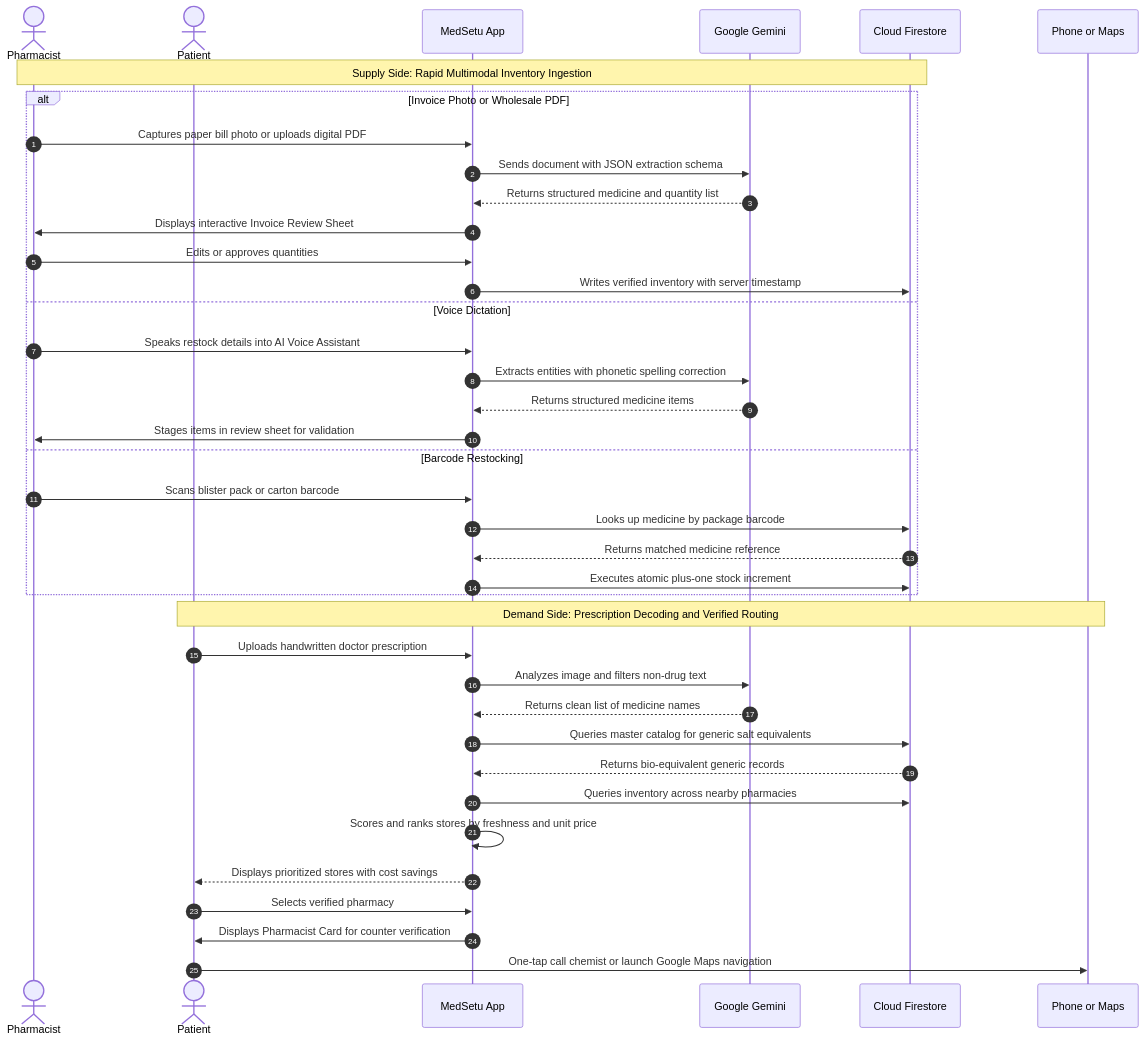
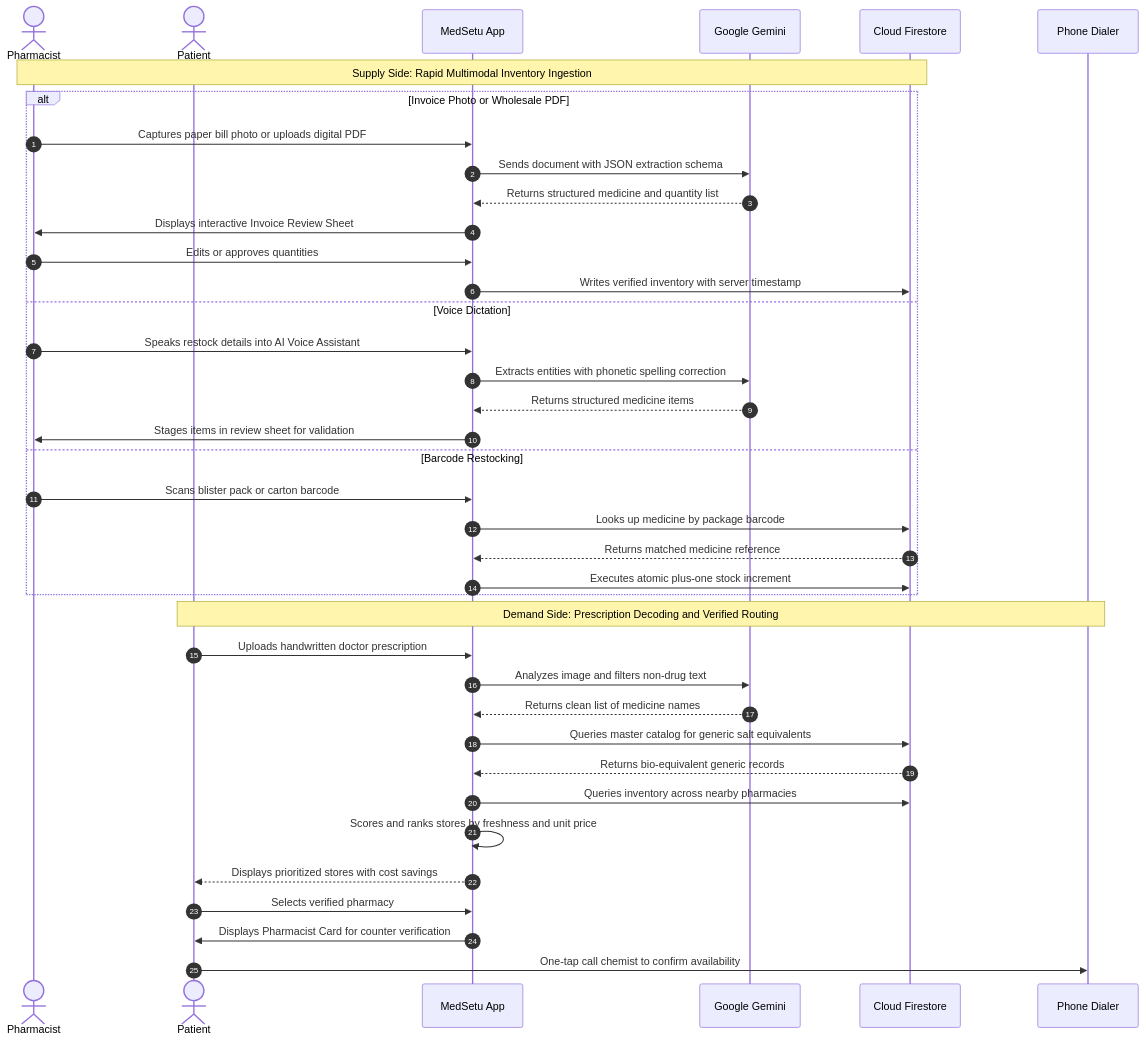
The third of 6 diagrams in README.md (Parth-Chavan-15/MedSetu-TechSprint), drawn with Mermaid before and after one commit. The commit also changed other lines of this file, not shown here.

Commit message:
docs: remove location simulation tip, align maps/dialer references strictly with codebase

````diff
--- a/README.md
+++ b/README.md
@@ -181,43 +181,43 @@
 ```mermaid
 sequenceDiagram
     autonumber
     actor Chemist as Pharmacist
     actor Patient as Patient
     participant App as MedSetu App
     participant Gemini as Google Gemini
     participant Firestore as Cloud Firestore
-    participant Maps as Phone or Maps
+    participant Phone as Phone Dialer
 
     Note over Chemist, Firestore: Supply Side: Rapid Multimodal Inventory Ingestion
     alt Invoice Photo or Wholesale PDF
         Chemist->>App: Captures paper bill photo or uploads digital PDF
         App->>Gemini: Sends document with JSON extraction schema
         Gemini-->>App: Returns structured medicine and quantity list
         App->>Chemist: Displays interactive Invoice Review Sheet
         Chemist->>App: Edits or approves quantities
         App->>Firestore: Writes verified inventory with server timestamp
     else Voice Dictation
         Chemist->>App: Speaks restock details into AI Voice Assistant
         App->>Gemini: Extracts entities with phonetic spelling correction
         Gemini-->>App: Returns structured medicine items
         App->>Chemist: Stages items in review sheet for validation
     else Barcode Restocking
         Chemist->>App: Scans blister pack or carton barcode
         App->>Firestore: Looks up medicine by package barcode
         Firestore-->>App: Returns matched medicine reference
         App->>Firestore: Executes atomic plus-one stock increment
     end
 
-    Note over Patient, Maps: Demand Side: Prescription Decoding and Verified Routing
+    Note over Patient, Phone: Demand Side: Prescription Decoding and Verified Routing
     Patient->>App: Uploads handwritten doctor prescription
     App->>Gemini: Analyzes image and filters non-drug text
     Gemini-->>App: Returns clean list of medicine names
     App->>Firestore: Queries master catalog for generic salt equivalents
     Firestore-->>App: Returns bio-equivalent generic records
     App->>Firestore: Queries inventory across nearby pharmacies
     App->>App: Scores and ranks stores by freshness and unit price
     App-->>Patient: Displays prioritized stores with cost savings
     Patient->>App: Selects verified pharmacy
     App->>Patient: Displays Pharmacist Card for counter verification
-    Patient->>Maps: One-tap call chemist or launch Google Maps navigation
+    Patient->>Phone: One-tap call chemist to confirm availability
 ```
````
